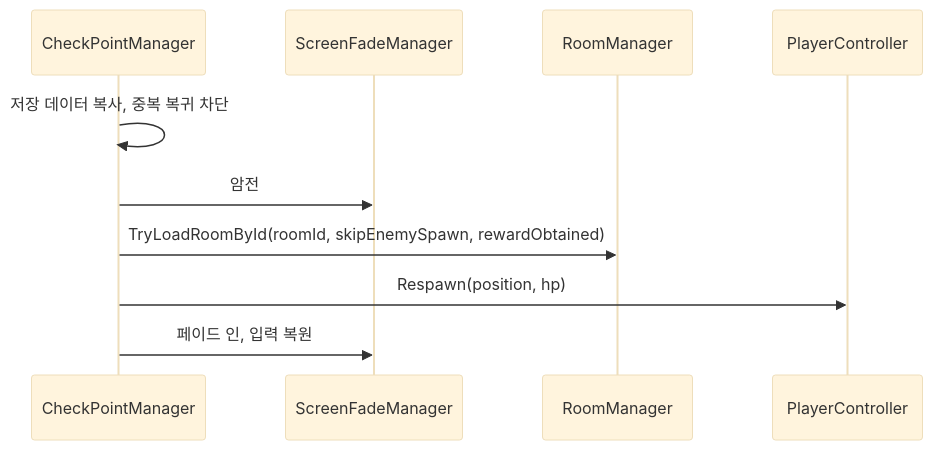
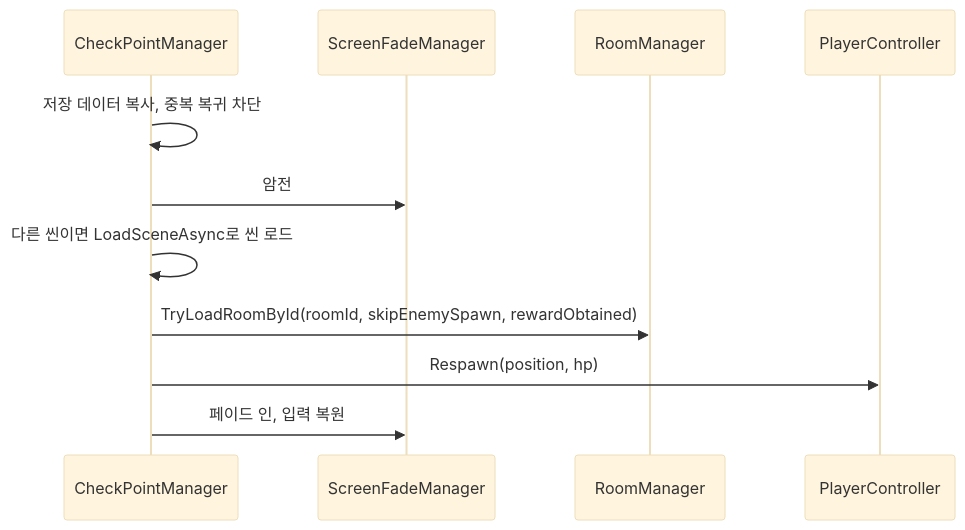
One commit to keeeery/portfolio changed the ninth of 10 diagrams in src/3-Arcanist/TechDoc_Arcanist.md. Above: the diagram before and after it, drawn with Mermaid (base theme). The commit also changed other lines of this file and 12 other files, not shown here.

````diff
--- a/src/3-Arcanist/TechDoc_Arcanist.md
+++ b/src/3-Arcanist/TechDoc_Arcanist.md
@@ -768,13 +768,14 @@
 ```mermaid
 %%{init: {"sequence": {"actorMargin": 80}}}%%
 sequenceDiagram
     participant Check as CheckPointManager
     participant Fade as ScreenFadeManager
     participant Room as RoomManager
     participant Player as PlayerController
     Check->>Check: 저장 데이터 복사, 중복 복귀 차단
     Check->>Fade: 암전
+    Check->>Check: 다른 씬이면 LoadSceneAsync로 씬 로드
     Check->>Room: TryLoadRoomById(roomId, skipEnemySpawn, rewardObtained)
     Check->>Player: Respawn(position, hp)
     Check->>Fade: 페이드 인, 입력 복원
 ```
````
